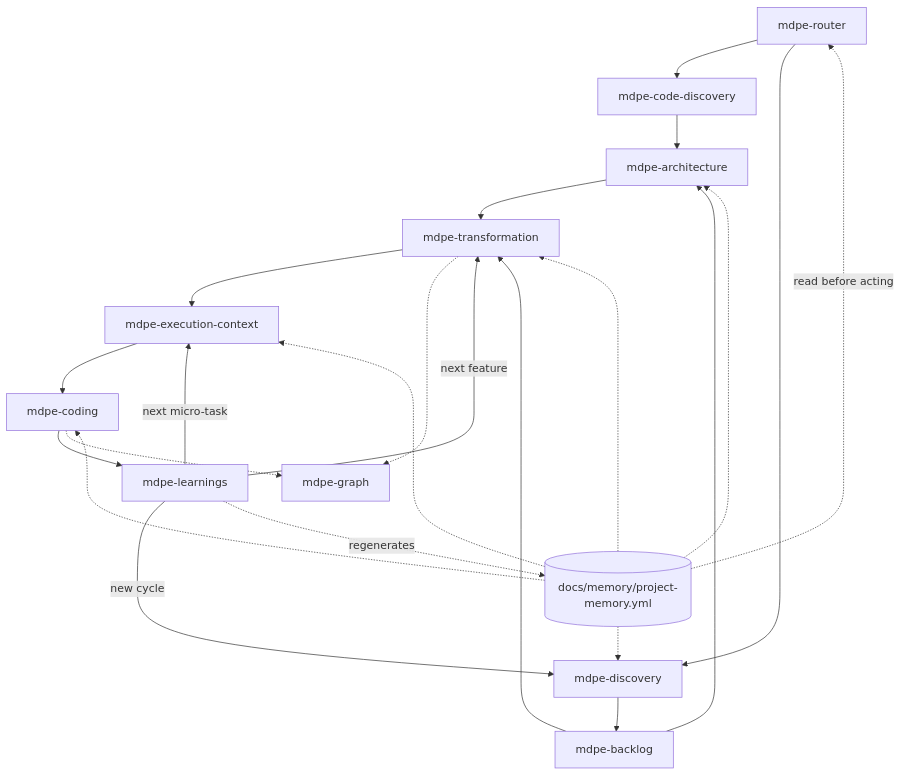
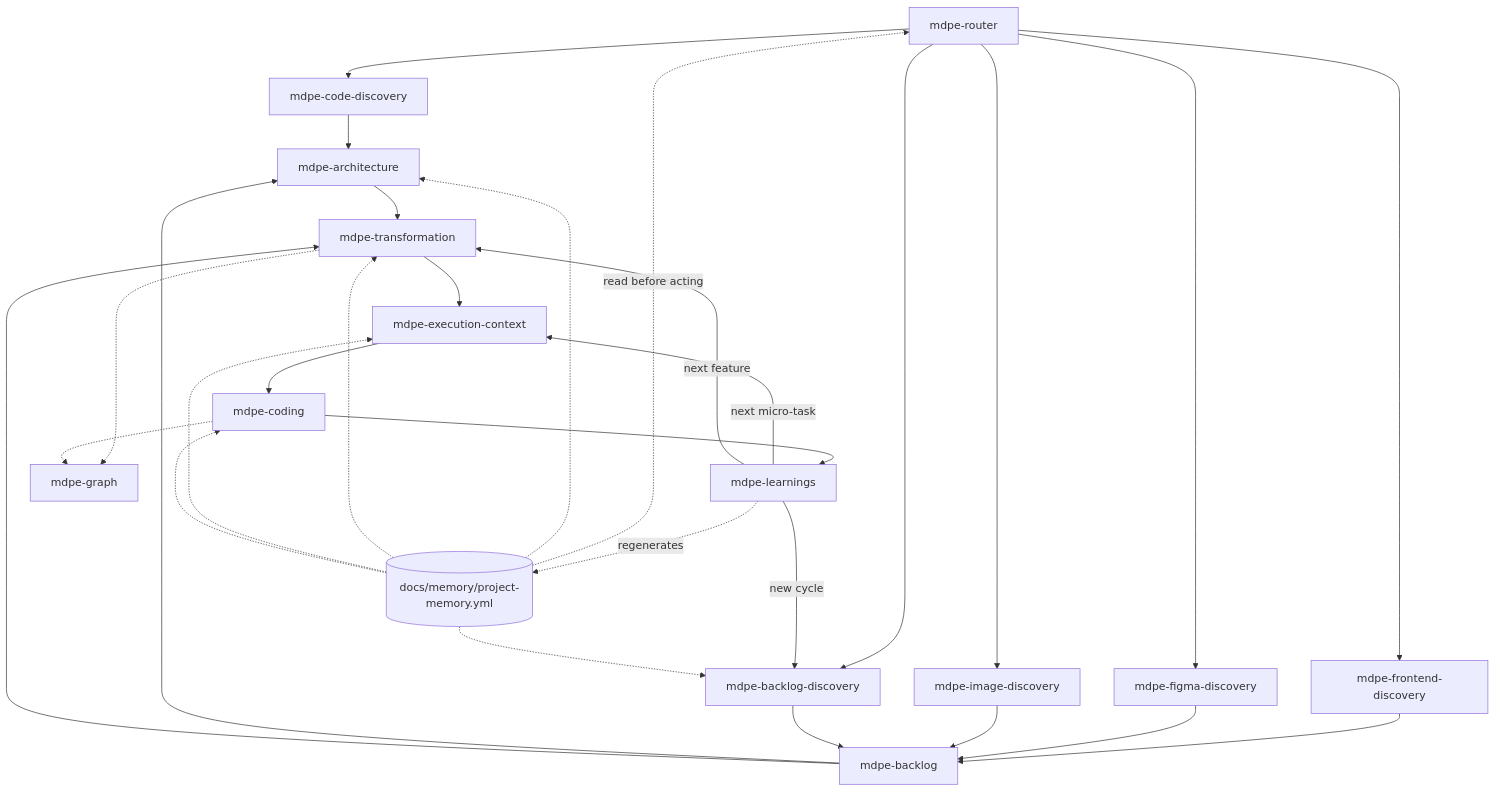
The first of 2 diagrams in docs/mdpe-flow.md (kallebelins/mdpe-skills), drawn with Mermaid before and after one commit. The commit also changed other lines of this file and 29 other files, not shown here.

First line of the commit message:
feat(mdpe-skills): reorganize discovery skills and expand design-led entry points

````diff
--- a/docs/mdpe-flow.md
+++ b/docs/mdpe-flow.md
@@ -11,25 +11,31 @@
 ```mermaid
 graph TD
     R[mdpe-router] --> CF[mdpe-code-discovery]
-    R --> D[mdpe-discovery]
+    R --> FD[mdpe-frontend-discovery]
+    R --> FG[mdpe-figma-discovery]
+    R --> IM[mdpe-image-discovery]
+    R --> D[mdpe-backlog-discovery]
     CF --> AR[mdpe-architecture]
-    D --> B[mdpe-backlog]
+    FD --> B[mdpe-backlog]
+    FG --> B
+    IM --> B
+    D --> B
     B --> AR
     AR --> T[mdpe-transformation]
     B --> T
     T --> EC[mdpe-execution-context]
     EC --> C[mdpe-coding]
     C --> L[mdpe-learnings]
     L -->|next micro-task| EC
     L -->|next feature| T
     L -->|new cycle| D
     T -.-> GR[mdpe-graph]
     C -.-> GR
     L -.regenerates.-> M[(docs/memory/project-memory.yml)]
     M -.read before acting.-> R
     M -.-> D
     M -.-> AR
     M -.-> T
     M -.-> EC
     M -.-> C
 ```
````
